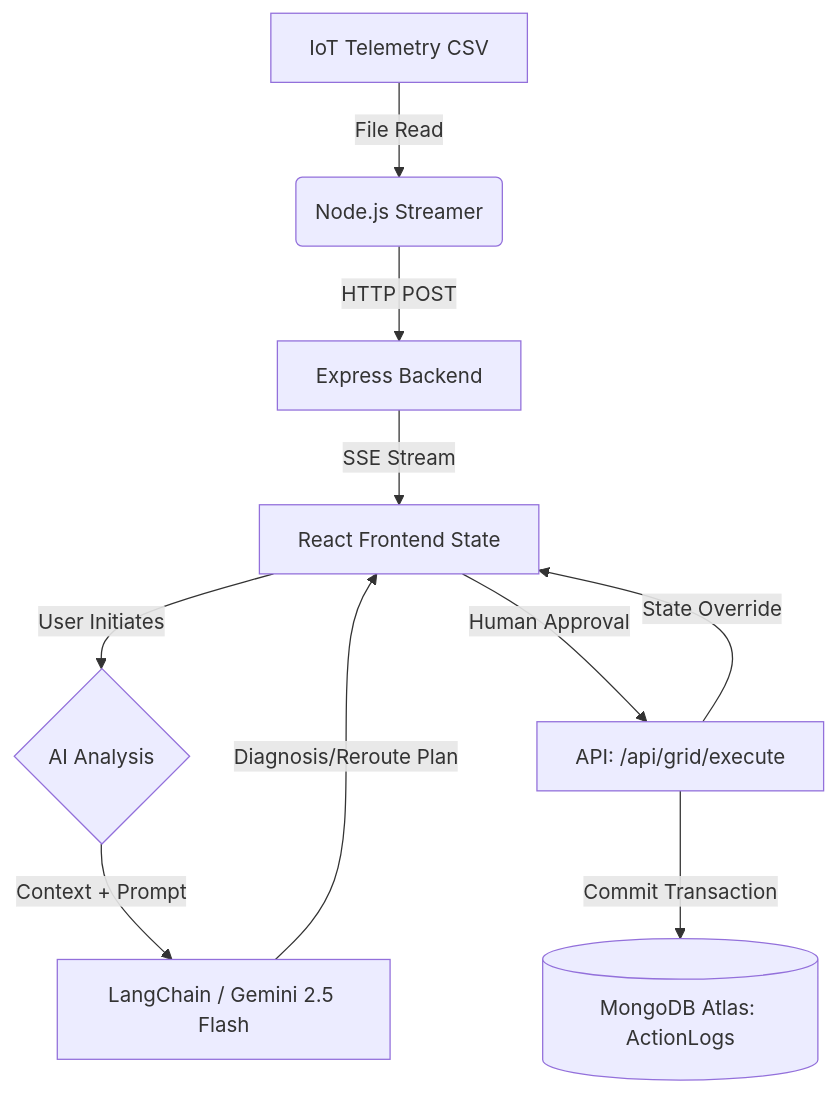
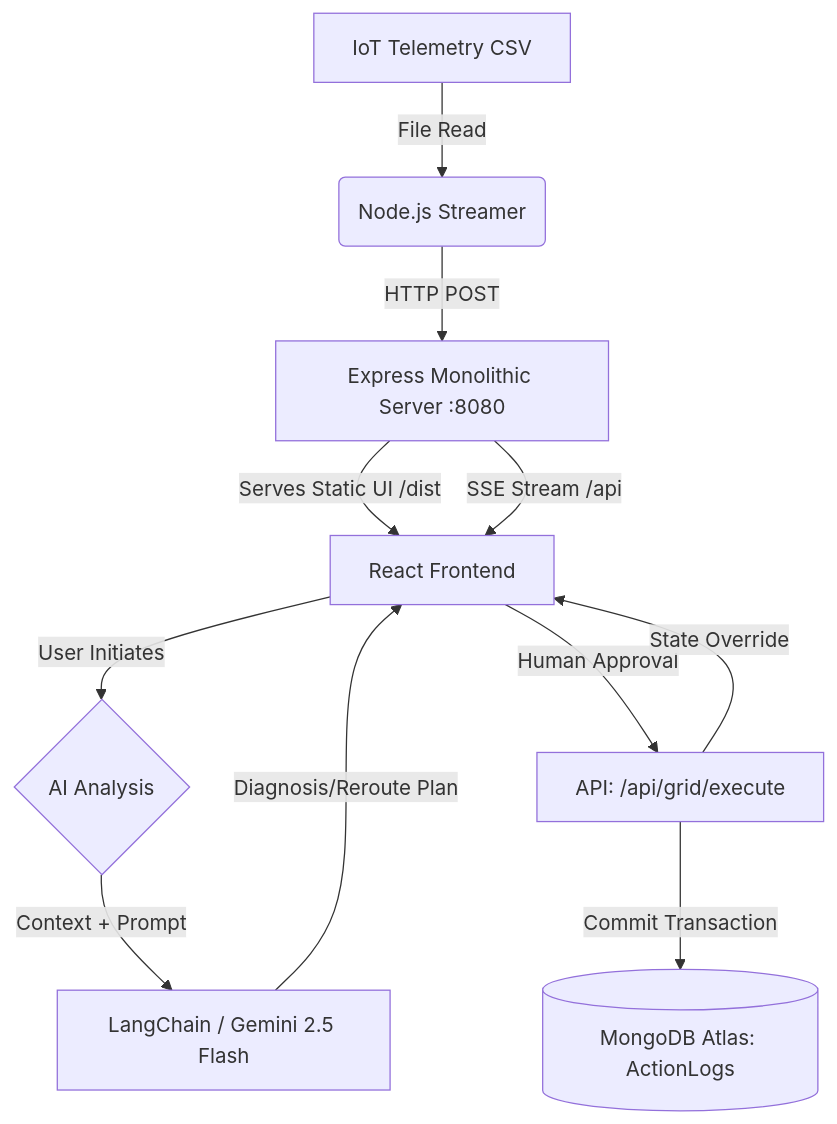
One commit to frddyy/lumina-grid changed the diagram in ENGINEERING_DOCUMENTATION.md. Above: the diagram before and after it, drawn with Mermaid. The commit also changed other lines of this file and 8 other files, not shown here.

````diff
--- a/ENGINEERING_DOCUMENTATION.md
+++ b/ENGINEERING_DOCUMENTATION.md
@@ -32,14 +32,15 @@
 ```mermaid
 graph TD
     A[IoT Telemetry CSV] -->|File Read| B(Node.js Streamer)
-    B -->|HTTP POST| C[Express Backend]
-    C -->|SSE Stream| D[React Frontend State]
+    B -->|HTTP POST| C[Express Monolithic Server :8080]
+    C -->|Serves Static UI /dist| D[React Frontend]
+    C -->|SSE Stream /api| D
     
     D -->|User Initiates| E{AI Analysis}
     E -->|Context + Prompt| F[LangChain / Gemini 2.5 Flash]
     F -->|Diagnosis/Reroute Plan| D
     
     D -->|Human Approval| G[API: /api/grid/execute]
     G -->|Commit Transaction| H[(MongoDB Atlas: ActionLogs)]
     G -->|State Override| D
 ```
````
